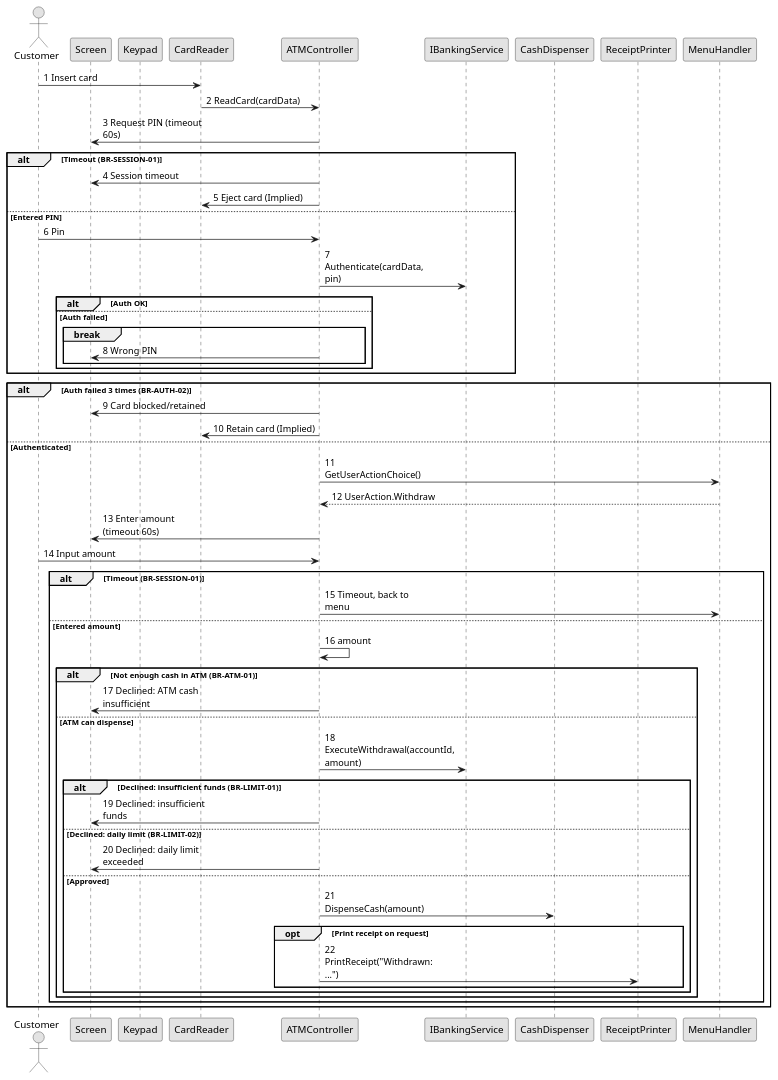
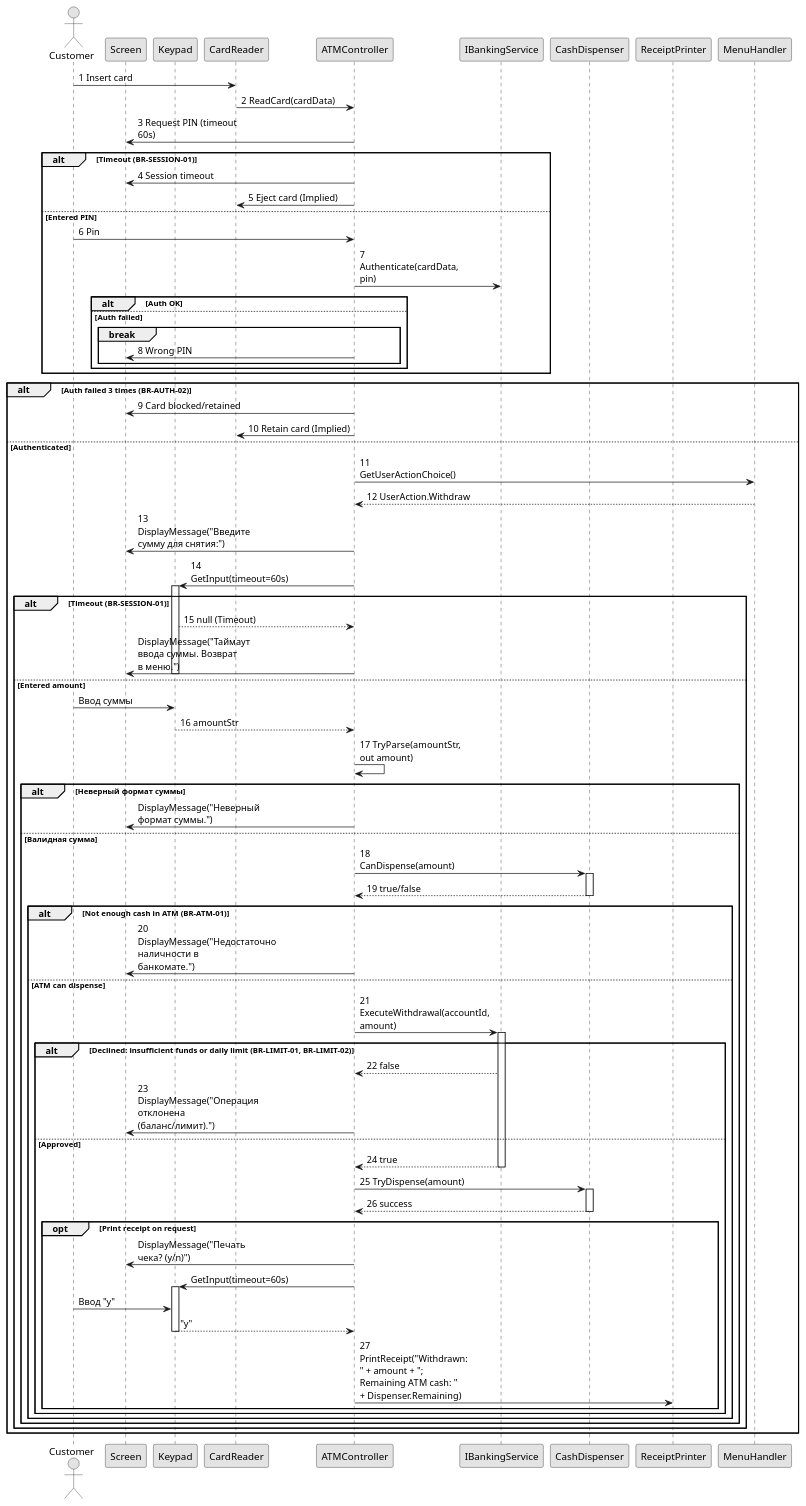
Before and after one commit to penamarth/bsbo-16-23_team5_var1_atm: the diagram in Прецеденты/Снять наличные/sequence_diagram_take_money.puml, drawn with PlantUML. The commit also changed 26 other files, not shown here.

```diff
--- a/Прецеденты/Снять наличные/sequence_diagram_take_money.puml
+++ b/Прецеденты/Снять наличные/sequence_diagram_take_money.puml
@@ -1,84 +1,112 @@
 @startuml
 skinparam monochrome true
 skinparam shadowing false
 skinparam packageStyle rectangle
 skinparam maxMessageSize 150
 
 actor "Customer" as Customer
 participant "Screen" as Screen
 participant "Keypad" as Keypad
 participant "CardReader" as CardReader
 participant "ATMController" as Controller
 participant "IBankingService" as Bank
 participant "CashDispenser" as Dispenser
 participant "ReceiptPrinter" as Printer
 participant "MenuHandler" as Menu
 
 ' 1-3. Вставка карты
 Customer -> CardReader: 1 Insert card
 CardReader -> Controller: 2 ReadCard(cardData)
 Controller -> Screen: 3 Request PIN (timeout 60s)
 
 ' Блок обработки таймаута ввода ПИН
 alt Timeout (BR-SESSION-01)
     Controller -> Screen: 4 Session timeout
     Controller -> CardReader: 5 Eject card (Implied)
 else Entered PIN
     Customer -> Controller: 6 Pin
     Controller -> Bank: 7 Authenticate(cardData, pin)
     
     ' Блок проверки авторизации
     alt Auth OK
         ' Успешная авторизация, переход к выбору действия
     else Auth failed
         break
             Controller -> Screen: 8 Wrong PIN
         end
     end
 end
 
 ' Блок блокировки карты
 alt Auth failed 3 times (BR-AUTH-02)
     Controller -> Screen: 9 Card blocked/retained
     Controller -> CardReader: 10 Retain card (Implied)
 else Authenticated
     ' 11-12. Выбор действия через MenuHandler
     Controller -> Menu: 11 GetUserActionChoice()
     Menu --> Controller: 12 UserAction.Withdraw
     
     ' 13-14. Ввод суммы
-    Controller -> Screen: 13 Enter amount (timeout 60s)
-    Customer -> Controller: 14 Input amount
+    Controller -> Screen: 13 DisplayMessage("Введите сумму для снятия:")
+    Controller -> Keypad: 14 GetInput(timeout=60s)
+    activate Keypad
     
     ' Блок таймаута ввода суммы
     alt Timeout (BR-SESSION-01)
-        Controller -> Menu: 15 Timeout, back to menu
+        Keypad --> Controller: 15 null (Timeout)
+        Controller -> Screen: DisplayMessage("Таймаут ввода суммы. Возврат в меню.")
+        deactivate Keypad
     else Entered amount
-        Controller -> Controller: 16 amount
+        Customer -> Keypad: Ввод суммы
+        Keypad --> Controller: 16 amountStr
+        deactivate Keypad
         
-        ' Блок проверки наличия денег в банкомате
-        alt Not enough cash in ATM (BR-ATM-01)
-            Controller -> Screen: 17 Declined: ATM cash insufficient
-        else ATM can dispense
-            ' 18. Запрос к банковскому сервису
-            Controller -> Bank: 18 ExecuteWithdrawal(accountId, amount)
+        Controller -> Controller: 17 TryParse(amountStr, out amount)
+        
+        alt Неверный формат суммы
+            Controller -> Screen: DisplayMessage("Неверный формат суммы.")
+        else Валидная сумма
+            ' Блок проверки наличия денег в банкомате
+            Controller -> Dispenser: 18 CanDispense(amount)
+            activate Dispenser
+            Dispenser --> Controller: 19 true/false
+            deactivate Dispenser
             
-            ' Блок обработки ответа банка
-            alt Declined: insufficient funds (BR-LIMIT-01)
-                Controller -> Screen: 19 Declined: insufficient funds
-            else Declined: daily limit (BR-LIMIT-02)
-                Controller -> Screen: 20 Declined: daily limit exceeded
-            else Approved
-                ' 21. Выдача денег
-                Controller -> Dispenser: 21 DispenseCash(amount)
+            alt Not enough cash in ATM (BR-ATM-01)
+                Controller -> Screen: 20 DisplayMessage("Недостаточно наличности в банкомате.")
+            else ATM can dispense
+                ' 21. Запрос к банковскому сервису
+                Controller -> Bank: 21 ExecuteWithdrawal(accountId, amount)
+                activate Bank
                 
-                ' 22. Печать чека (опционально)
-                opt Print receipt on request
-                    Controller -> Printer: 22 PrintReceipt("Withdrawn: ...")
+                ' Блок обработки ответа банка
+                alt Declined: insufficient funds or daily limit (BR-LIMIT-01, BR-LIMIT-02)
+                    Bank --> Controller: 22 false
+                    Controller -> Screen: 23 DisplayMessage("Операция отклонена (баланс/лимит).")
+                else Approved
+                    Bank --> Controller: 24 true
+                    deactivate Bank
+                    
+                    ' 25. Выдача денег
+                    Controller -> Dispenser: 25 TryDispense(amount)
+                    activate Dispenser
+                    Dispenser --> Controller: 26 success
+                    deactivate Dispenser
+                    
+                    ' 27. Печать чека (опционально)
+                    opt Print receipt on request
+                        Controller -> Screen: DisplayMessage("Печать чека? (y/n)")
+                        Controller -> Keypad: GetInput(timeout=60s)
+                        activate Keypad
+                        Customer -> Keypad: Ввод "y"
+                        Keypad --> Controller: "y"
+                        deactivate Keypad
+                        Controller -> Printer: 27 PrintReceipt("Withdrawn: " + amount + "; Remaining ATM cash: " + Dispenser.Remaining)
+                    end
                 end
             end
         end
     end
 end
 
 @enduml
```
